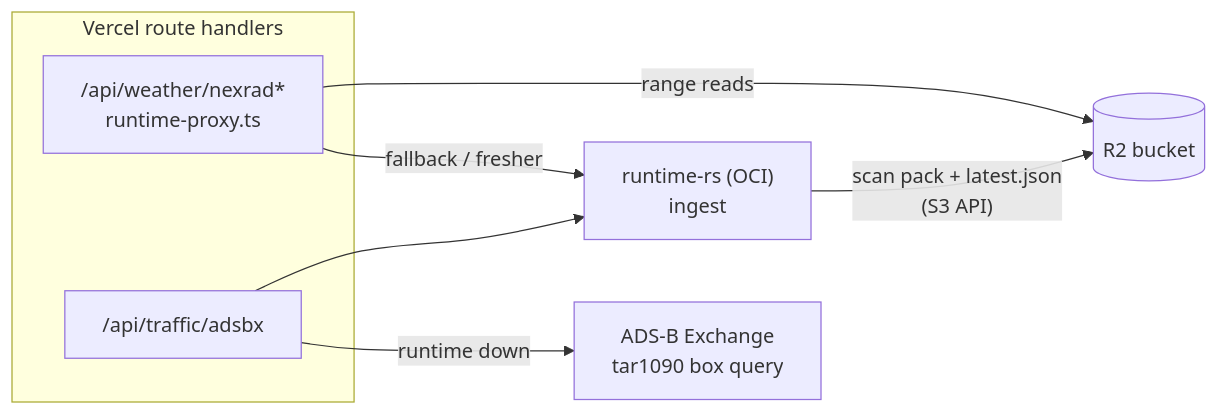
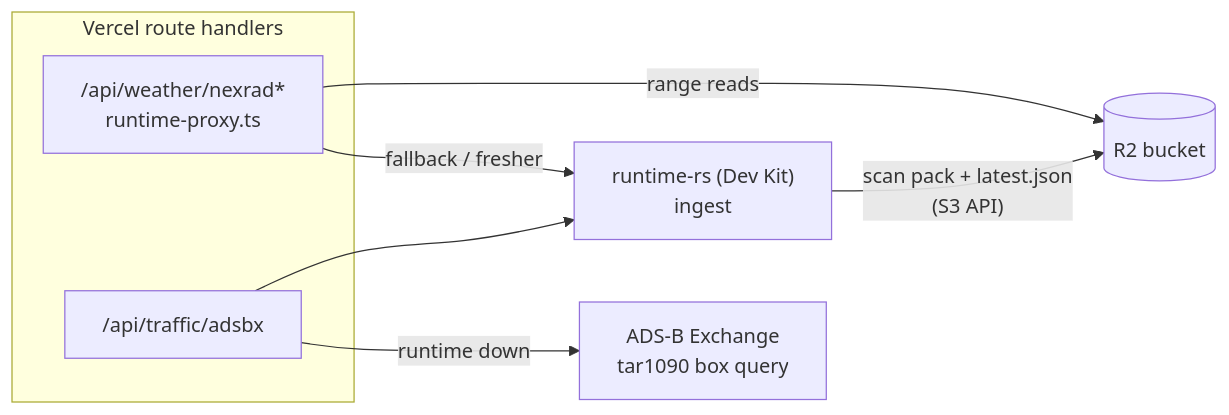
Before and after one commit to andyfangdz/approach-viz: the diagram in docs/runtime-fallbacks.md, drawn with Mermaid. The commit also changed other lines of this file and 13 other files, not shown here.

Commit message:
ops: move production runtime hosting to Ubuntu Dev Kit

````diff
--- a/docs/runtime-fallbacks.md
+++ b/docs/runtime-fallbacks.md
@@ -8,12 +8,12 @@
 ```mermaid
 flowchart LR
-  RT["runtime-rs (OCI)<br/>ingest"] -- "scan pack + latest.json<br/>(S3 API)" --> R2[("R2 bucket")]
+  RT["runtime-rs (Dev Kit)<br/>ingest"] -- "scan pack + latest.json<br/>(S3 API)" --> R2[("R2 bucket")]
   subgraph vercel["Vercel route handlers"]
     W["/api/weather/nexrad*<br/>runtime-proxy.ts"]
     T["/api/traffic/adsbx"]
   end
   W -- "range reads" --> R2
   W -- "fallback / fresher" --> RT
   T --> RT
   T -- "runtime down" --> ADSB["ADS-B Exchange<br/>tar1090 box query"]
 ```
````
